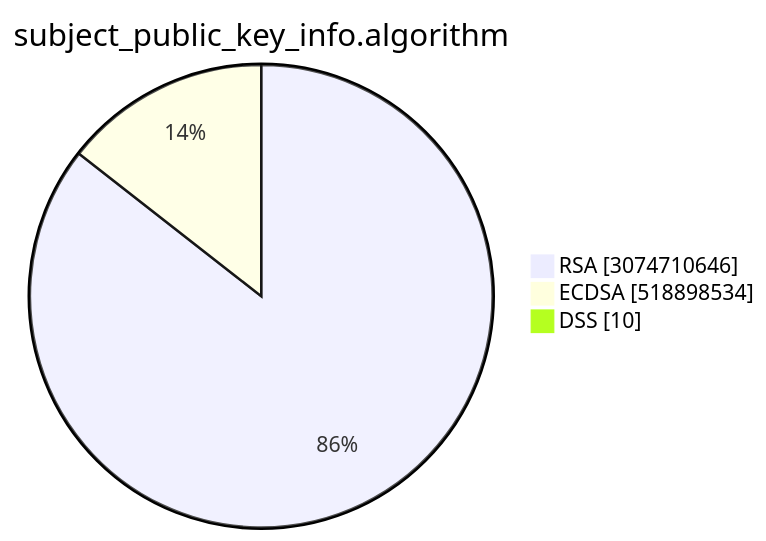
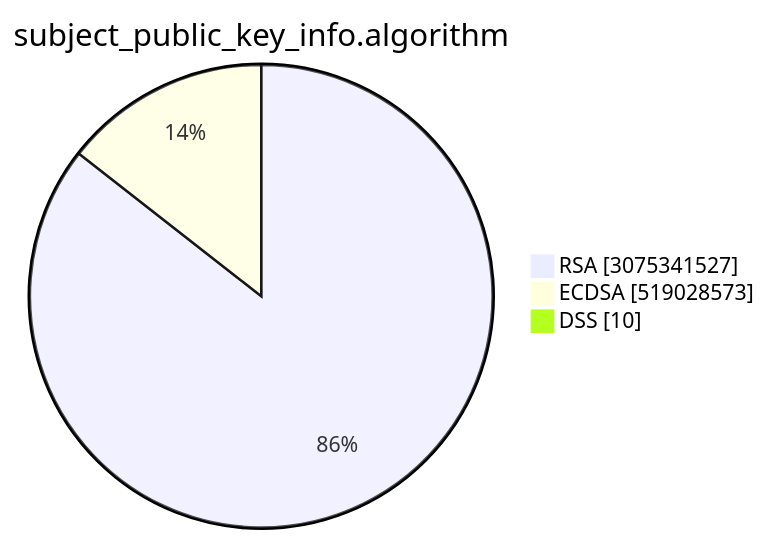
One commit to christiankrug/ctmonitor_visualization changed the second of 15 diagrams in TOTAL/README.md. Above: the diagram before and after it, drawn with Mermaid. The commit also changed other lines of this file, not shown here.

````diff
--- a/TOTAL/README.md
+++ b/TOTAL/README.md
@@ -6,7 +6,7 @@
 ```mermaid
 pie showData
 title subject_public_key_info.algorithm
-"RSA" :3074710646
-"ECDSA" :518898534
+"RSA" :3075341527
+"ECDSA" :519028573
 "DSS" :10
 ```
````
